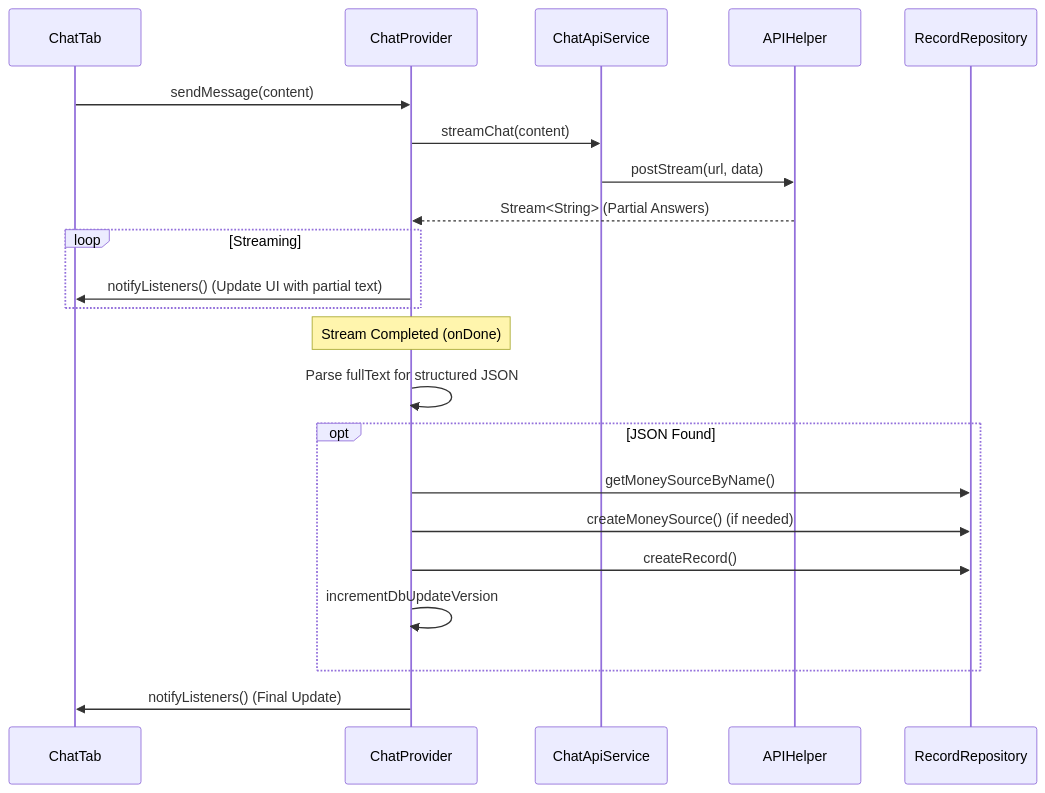
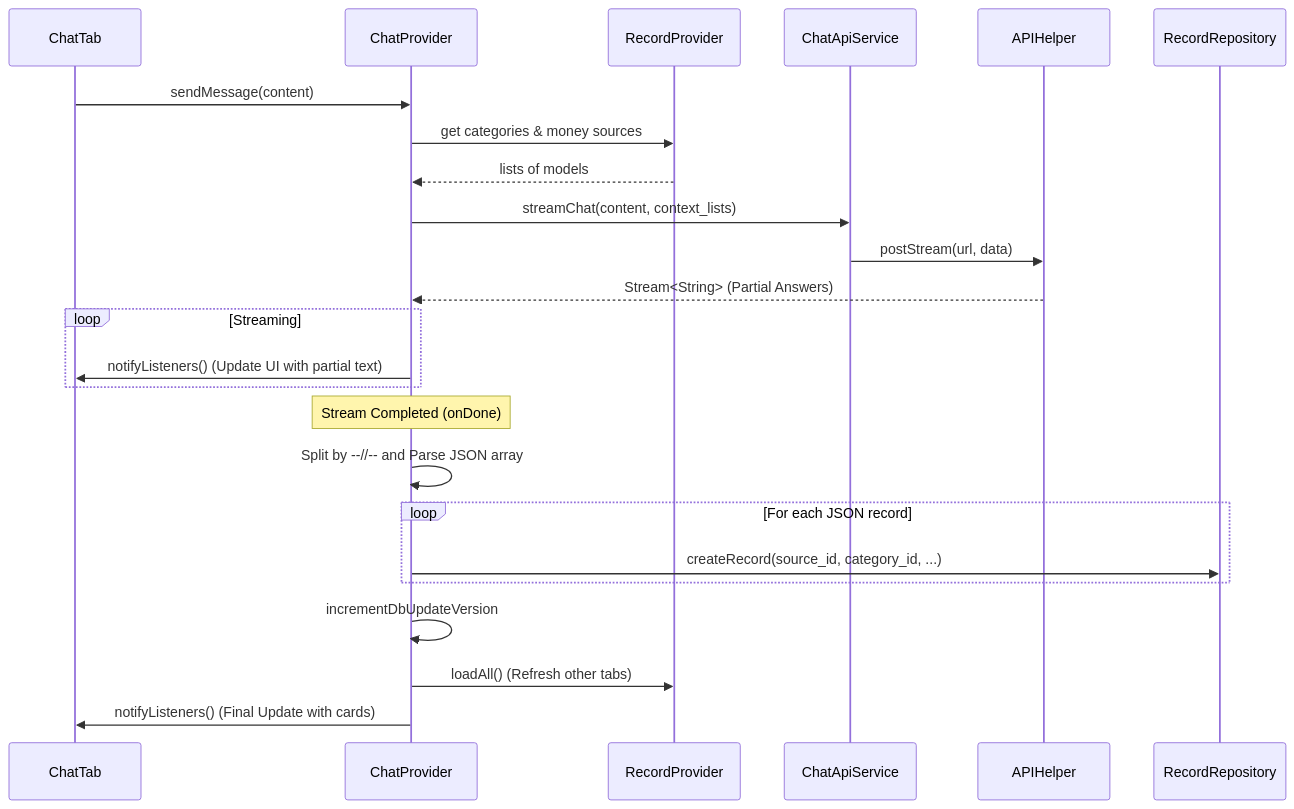
The diagram in docs/features/ai-chat.md (dainn67/wallet-ai), drawn with Mermaid before and after one commit. The commit also changed other lines of this file and 6 other files, not shown here.

````diff
--- a/docs/features/ai-chat.md
+++ b/docs/features/ai-chat.md
@@ -28,29 +29,31 @@
 ```mermaid
 sequenceDiagram
     participant UI as ChatTab
     participant CP as ChatProvider
+    participant RP as RecordProvider
     participant CAS as ChatApiService
     participant AH as APIHelper
     participant RR as RecordRepository
 
     UI->>CP: sendMessage(content)
-    CP->>CAS: streamChat(content)
+    CP->>RP: get categories & money sources
+    RP-->>CP: lists of models
+    CP->>CAS: streamChat(content, context_lists)
     CAS->>AH: postStream(url, data)
     AH-->>CP: Stream<String> (Partial Answers)
     
     loop Streaming
         CP->>UI: notifyListeners() (Update UI with partial text)
     end
 
     Note over CP: Stream Completed (onDone)
-    CP->>CP: Parse fullText for structured JSON
+    CP->>CP: Split by --//-- and Parse JSON array
     
-    opt JSON Found
-        CP->>RR: getMoneySourceByName()
-        CP->>RR: createMoneySource() (if needed)
-        CP->>RR: createRecord()
-        CP->>CP: incrementDbUpdateVersion
+    loop For each JSON record
+        CP->>RR: createRecord(source_id, category_id, ...)
     end
     
-    CP->>UI: notifyListeners() (Final Update)
+    CP->>CP: incrementDbUpdateVersion
+    CP->>RP: loadAll() (Refresh other tabs)
+    CP->>UI: notifyListeners() (Final Update with cards)
 ```
````
